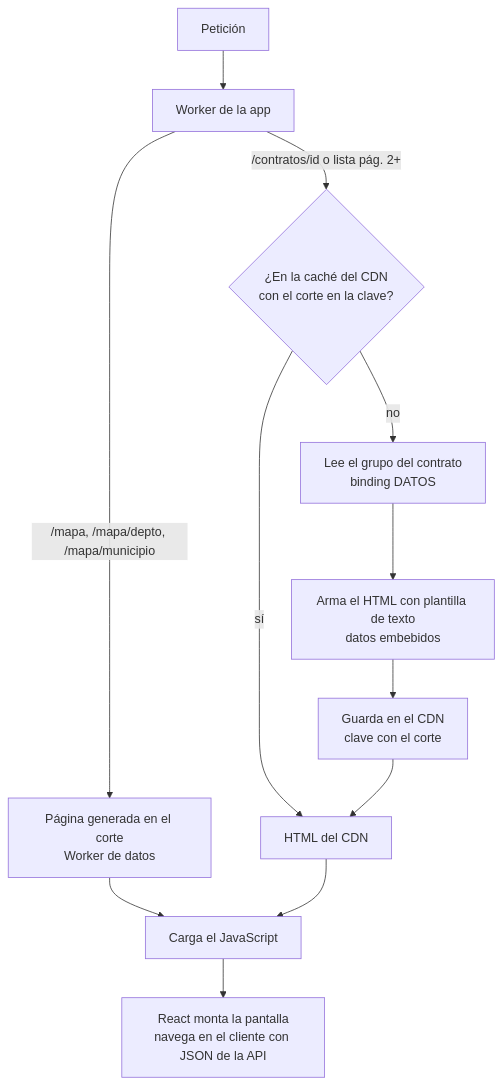
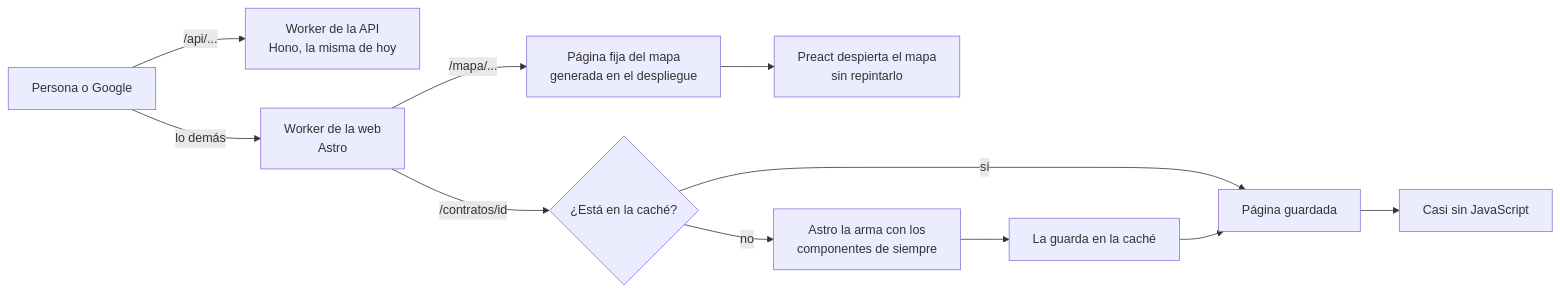
Before and after one commit to EKOU-Solutions/EKOU-Elephants: the second of 3 diagrams in docs/adr/0004-paginas-de-contratos.md, drawn with Mermaid. The commit also changed other lines of this file and 7 other files, not shown here.

First line of the commit message:
docs(adr): ADR-0004 con Astro como entrada de la web, API en su propio Worker y evidencias de Lighthouse

````diff
--- a/docs/adr/0004-paginas-de-contratos.md
+++ b/docs/adr/0004-paginas-de-contratos.md
@@ -46,14 +68,13 @@
 ```mermaid
-flowchart TD
-  P[Petición] --> W[Worker de la app]
-  W -->|/mapa, /mapa/depto, /mapa/municipio| FIJO[Página generada en el corte<br/>Worker de datos]
-  W -->|/contratos/id o lista pág. 2+| CACHE{¿En la caché del CDN<br/>con el corte en la clave?}
-  CACHE -->|sí| HTML[HTML del CDN]
-  CACHE -->|no| LEE[Lee el grupo del contrato<br/>binding DATOS]
-  LEE --> ARMA[Arma el HTML con plantilla de texto<br/>datos embebidos]
-  ARMA --> GUARDA[Guarda en el CDN<br/>clave con el corte]
+flowchart LR
+  U[Persona o Google] -->|/api/...| API[Worker de la API<br/>Hono, la misma de hoy]
+  U -->|lo demás| A[Worker de la web<br/>Astro]
+  A -->|/mapa/...| FIJA[Página fija del mapa<br/>generada en el despliegue]
+  A -->|/contratos/id| C{¿Está en la caché?}
+  C -->|sí| HTML[Página guardada]
+  C -->|no| ARMA[Astro la arma con los<br/>componentes de siempre]
+  ARMA --> GUARDA[La guarda en la caché]
   GUARDA --> HTML
-  FIJO --> JS[Carga el JavaScript]
-  HTML --> JS
-  JS --> REACT[React monta la pantalla<br/>navega en el cliente con JSON de la API]
+  FIJA --> ISLA[Preact despierta el mapa<br/>sin repintarlo]
+  HTML --> POCO[Casi sin JavaScript]
 ```
````
